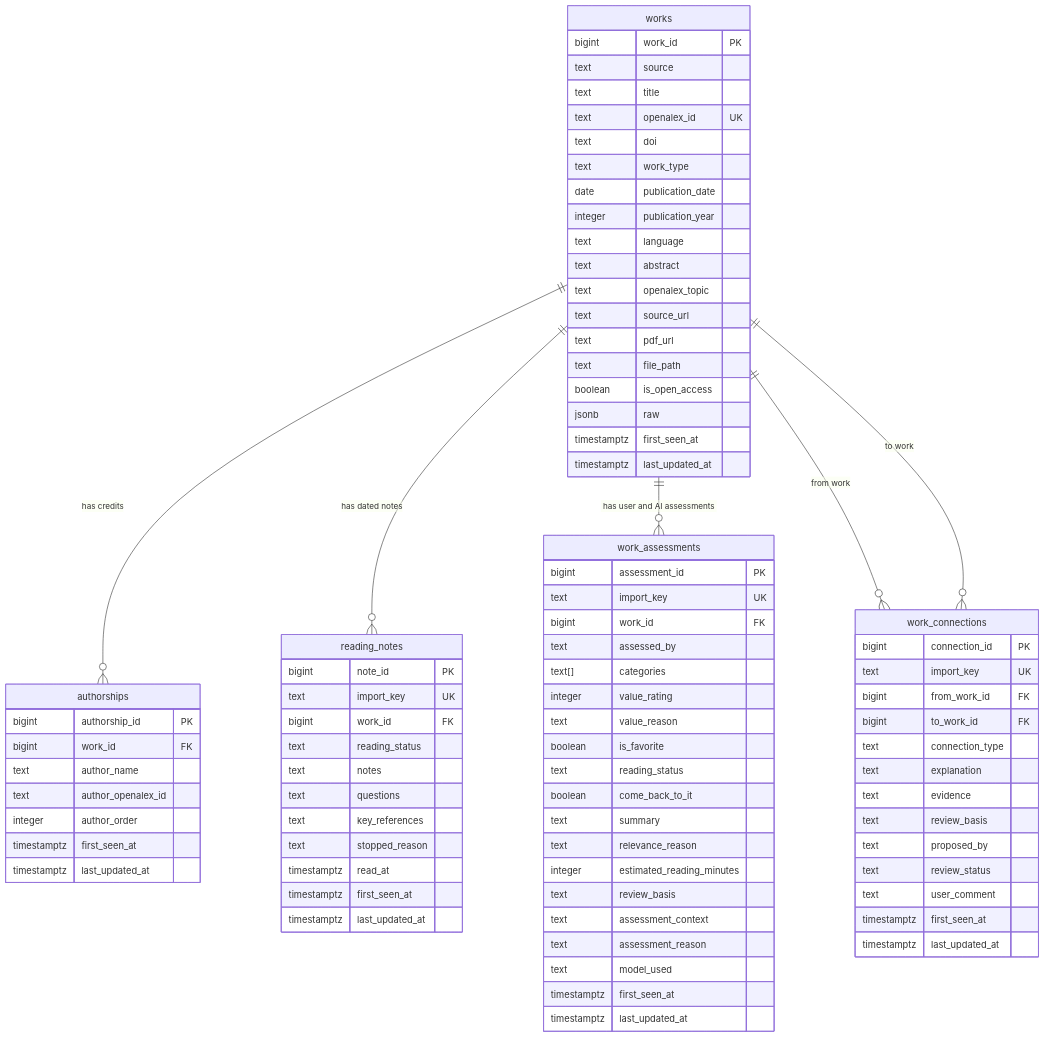
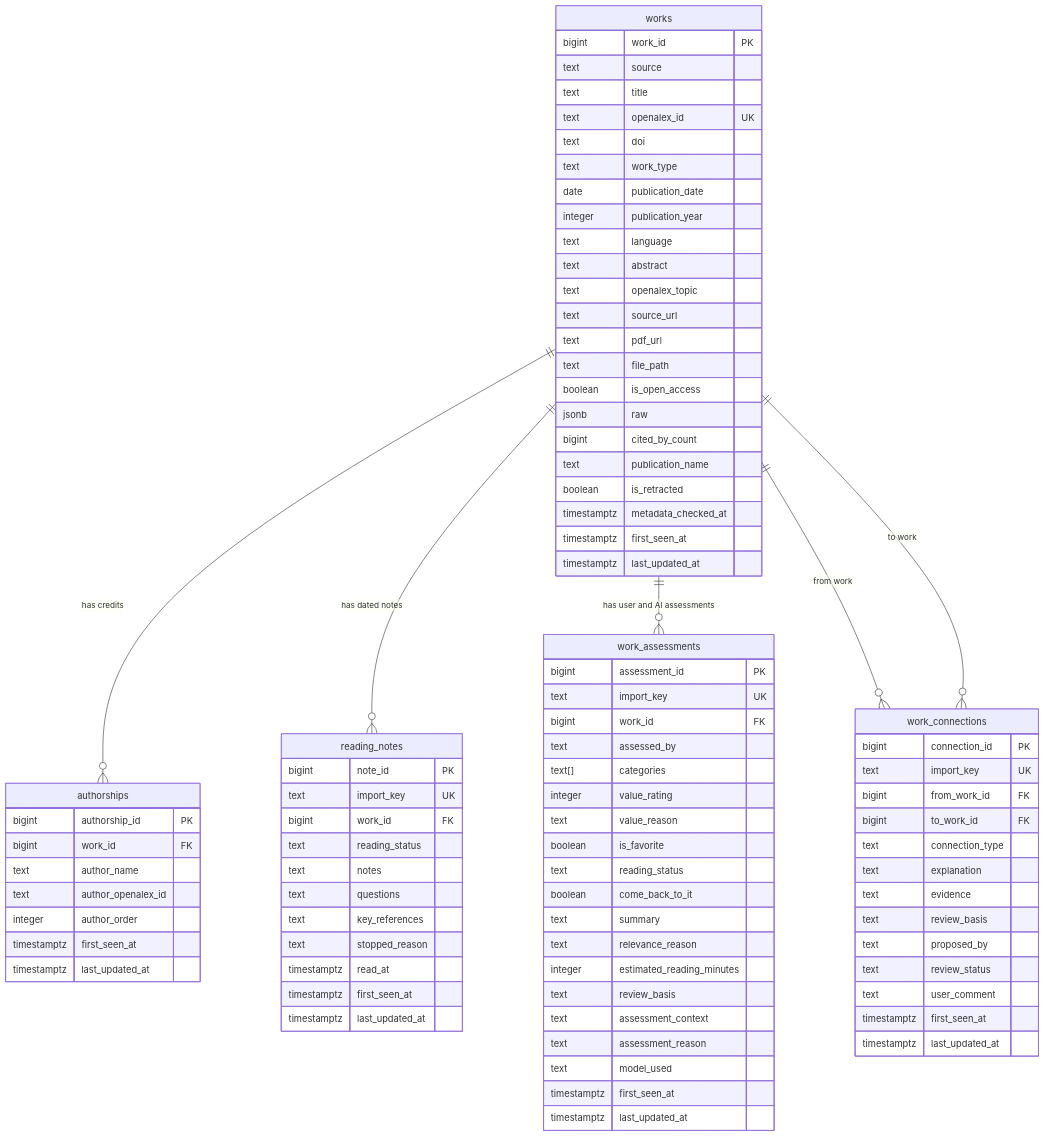
The diagram in docs/schema.md (khoekstr/bsad6153-taylor), drawn with Mermaid before and after one commit. The commit also changed 5 other files, not shown here.

Commit message:
Expose citation count publication and retraction source signals

```diff
--- a/docs/schema.md
+++ b/docs/schema.md
@@ -31,6 +31,10 @@
         text file_path
         boolean is_open_access
         jsonb raw
+        bigint cited_by_count
+        text publication_name
+        boolean is_retracted
+        timestamptz metadata_checked_at
         timestamptz first_seen_at
         timestamptz last_updated_at
     }
```
